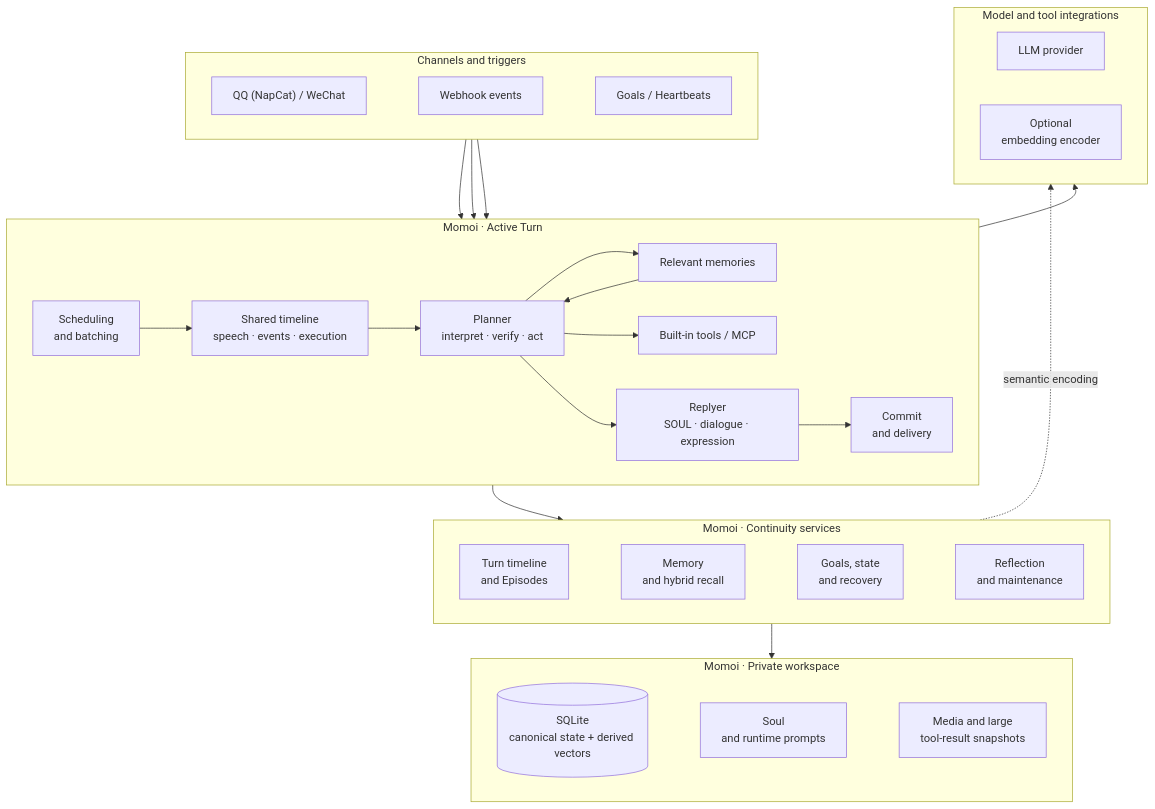
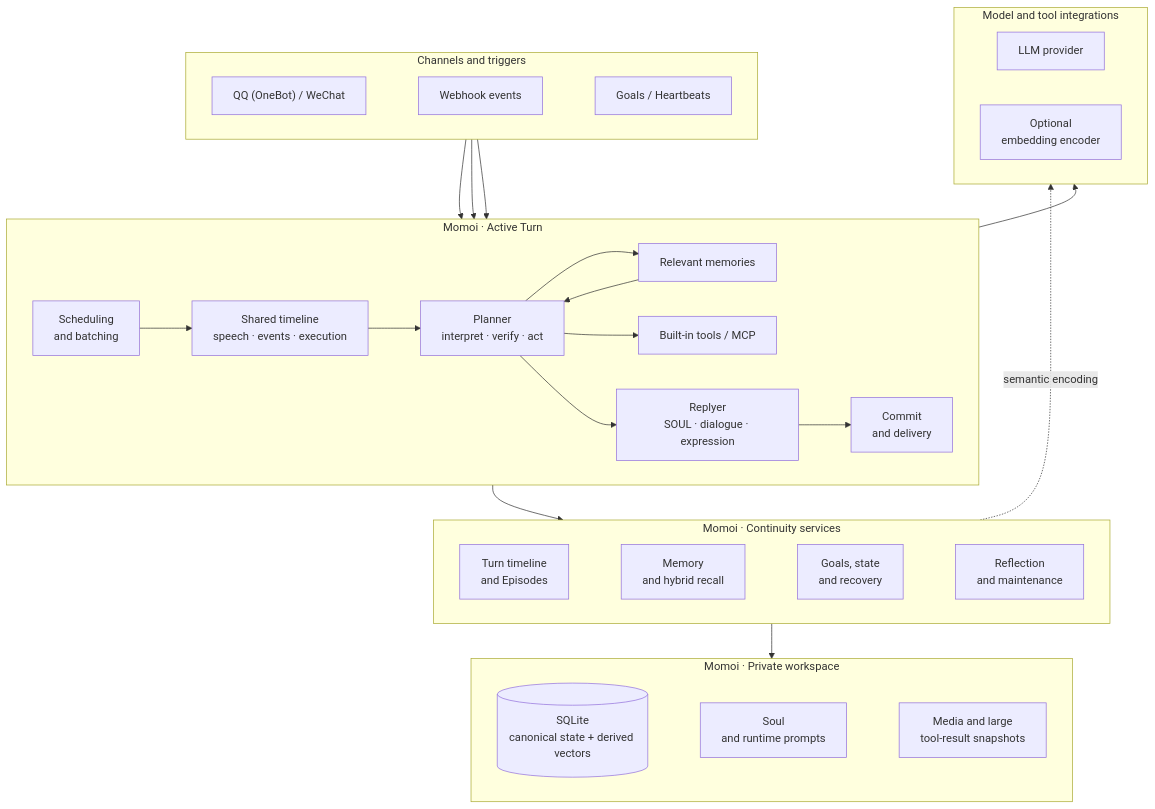
One commit to RicterZ/Momoi changed the first of 2 diagrams in README.md. Above: the diagram before and after it, drawn with Mermaid. The commit also changed other lines of this file and 7 other files, not shown here.

First line of the commit message:
docs: describe the QQ channel as OneBot ahead of the merge

````diff
--- a/README.md
+++ b/README.md
@@ -51,57 +51,57 @@
 ```mermaid
 flowchart TB
   subgraph triggers["Channels and triggers"]
     direction LR
-    chat["QQ (NapCat) / WeChat"]
+    chat["QQ (OneBot) / WeChat"]
     webhook["Webhook events"]
     clock["Goals / Heartbeats"]
     chat ~~~ webhook ~~~ clock
   end
 
   subgraph active["Momoi · Active Turn"]
     direction LR
     intake["Scheduling<br/>and batching"]
     transcript["Shared timeline<br/>speech · events · execution"]
     context["Relevant memories"]
     agent["Planner<br/>interpret · verify · act"]
     replyer["Replyer<br/>SOUL · dialogue · expression"]
     delivery["Commit<br/>and delivery"]
     intake --> transcript --> agent
     agent --> context --> agent
     agent --> tools
     agent --> replyer --> delivery
   end
 
   subgraph continuity["Momoi · Continuity services"]
     direction LR
     timeline["Turn timeline<br/>and Episodes"]
     memory["Memory<br/>and hybrid recall"]
     time["Goals, state<br/>and recovery"]
     upkeep["Reflection<br/>and maintenance"]
     timeline ~~~ memory ~~~ time ~~~ upkeep
   end
 
   subgraph workspace["Momoi · Private workspace"]
     direction LR
     sqlite[("SQLite<br/>canonical state + derived vectors")]
     prompts["Soul<br/>and runtime prompts"]
     files["Media and large<br/>tool-result snapshots"]
     sqlite ~~~ prompts ~~~ files
   end
 
   subgraph external["Model and tool integrations"]
     direction LR
     llm["LLM provider"]
     tools["Built-in tools / MCP"]
     embedding["Optional<br/>embedding encoder"]
     llm ~~~ tools ~~~ embedding
   end
 
   chat --> intake
   webhook --> intake
   clock --> intake
   active --> continuity
   continuity --> workspace
   active --> external
   continuity -. "semantic encoding" .-> external
 ```
````
